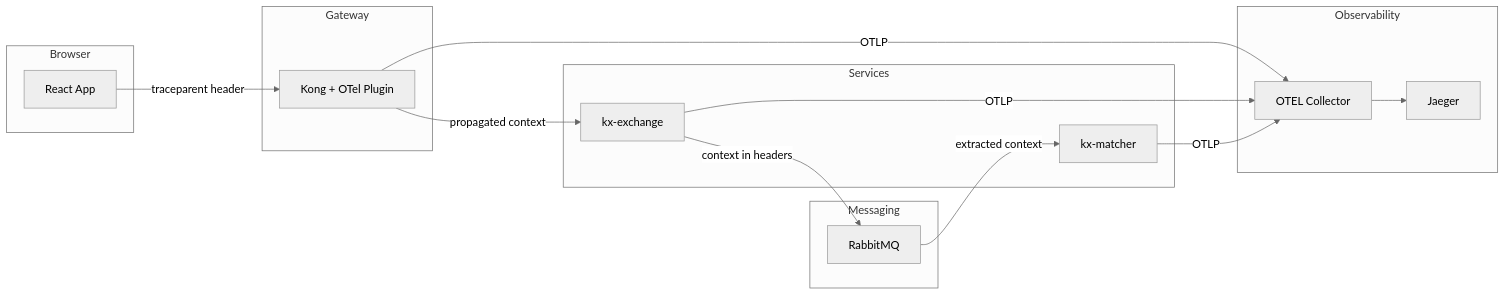
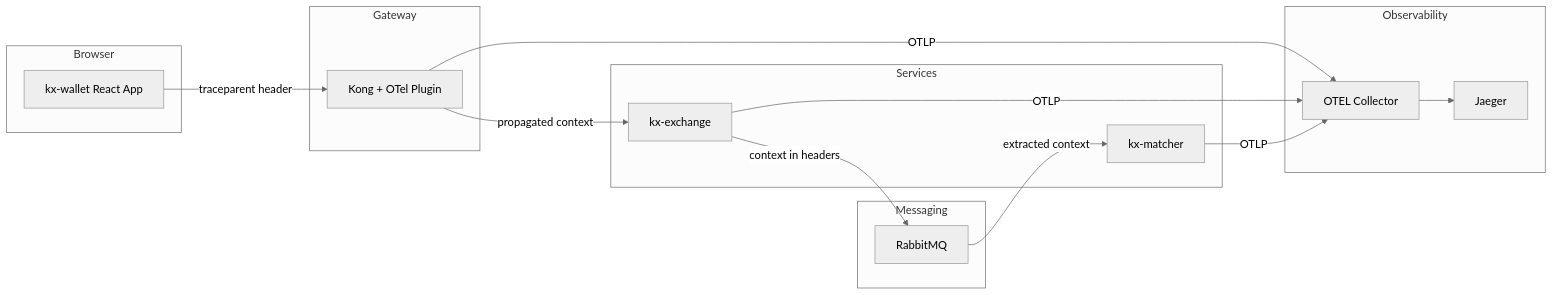
Before and after one commit to MoebiusX/Krystaline: the first of 2 diagrams in docs/observability/01_OTEL_TRACING_GUIDE.md, drawn with Mermaid (neutral theme). The commit also changed other lines of this file and 30 other files, not shown here.

````diff
--- a/docs/observability/01_OTEL_TRACING_GUIDE.md
+++ b/docs/observability/01_OTEL_TRACING_GUIDE.md
@@ -33,34 +42,34 @@
 ```mermaid
 flowchart LR
     subgraph Browser
-        UI[React App]
+        UI[kx-wallet React App]
     end
     
     subgraph Gateway
         KG[Kong + OTel Plugin]
     end
     
     subgraph Services
         CW[kx-exchange]
         OM[kx-matcher]
     end
     
     subgraph Messaging
         RMQ[RabbitMQ]
     end
     
     subgraph Observability
         OC[OTEL Collector]
         J[Jaeger]
     end
     
     UI -->|traceparent header| KG
     KG -->|propagated context| CW
     CW -->|context in headers| RMQ
     RMQ -->|extracted context| OM
     
     KG -->|OTLP| OC
     CW -->|OTLP| OC
     OM -->|OTLP| OC
     OC --> J
 ```
````
